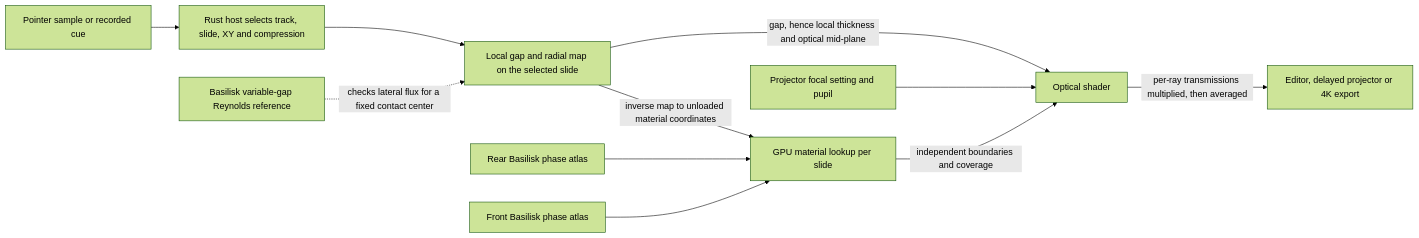
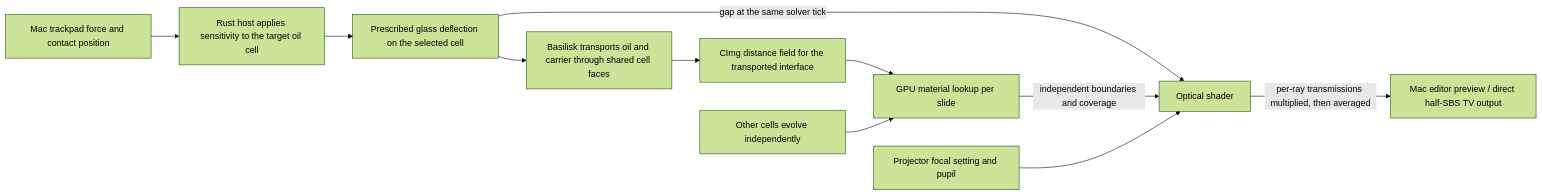
The first of 2 diagrams in docs/slide-computation-spec.md (GNPNG/tss), drawn with Mermaid (forest theme) before and after one commit. The commit also changed other lines of this file and 24 other files, not shown here.

Commit message:
Drive the editor’s stereo projection and pressure controls from live project oil cells

````diff
--- a/docs/slide-computation-spec.md
+++ b/docs/slide-computation-spec.md
@@ -7,13 +9,13 @@
 ```mermaid
 flowchart LR
-    H["Pointer sample or recorded cue"] --> C["Rust host selects track, slide, XY and compression"]
-    C --> G["Local gap and radial map on the selected slide"]
-    R["Rear Basilisk phase atlas"] --> A["GPU material lookup per slide"]
-    F["Front Basilisk phase atlas"] --> A
-    G -->|"inverse map to unloaded material coordinates"| A
-    G -->|"gap, hence local thickness and optical mid-plane"| L["Optical shader"]
-    A -->|"independent boundaries and coverage"| L
+    H["Mac trackpad force and contact position"] --> C["Rust host applies sensitivity to the target oil cell"]
+    C --> G["Prescribed glass deflection on the selected cell"]
+    G --> F["Basilisk transports oil and carrier through shared cell faces"]
+    F --> A["CImg distance field for the transported interface"]
+    A --> M["GPU material lookup per slide"]
+    R["Other cells evolve independently"] --> M
+    G -->|"gap at the same solver tick"| L["Optical shader"]
+    M -->|"independent boundaries and coverage"| L
     P["Projector focal setting and pupil"] --> L
-    L -->|"per-ray transmissions multiplied, then averaged"| O["Editor, delayed projector or 4K export"]
-    B["Basilisk variable-gap Reynolds reference"] -.->|"checks lateral flux for a fixed contact center"| G
+    L -->|"per-ray transmissions multiplied, then averaged"| O["Mac editor preview / direct half-SBS TV output"]
 ```
````
